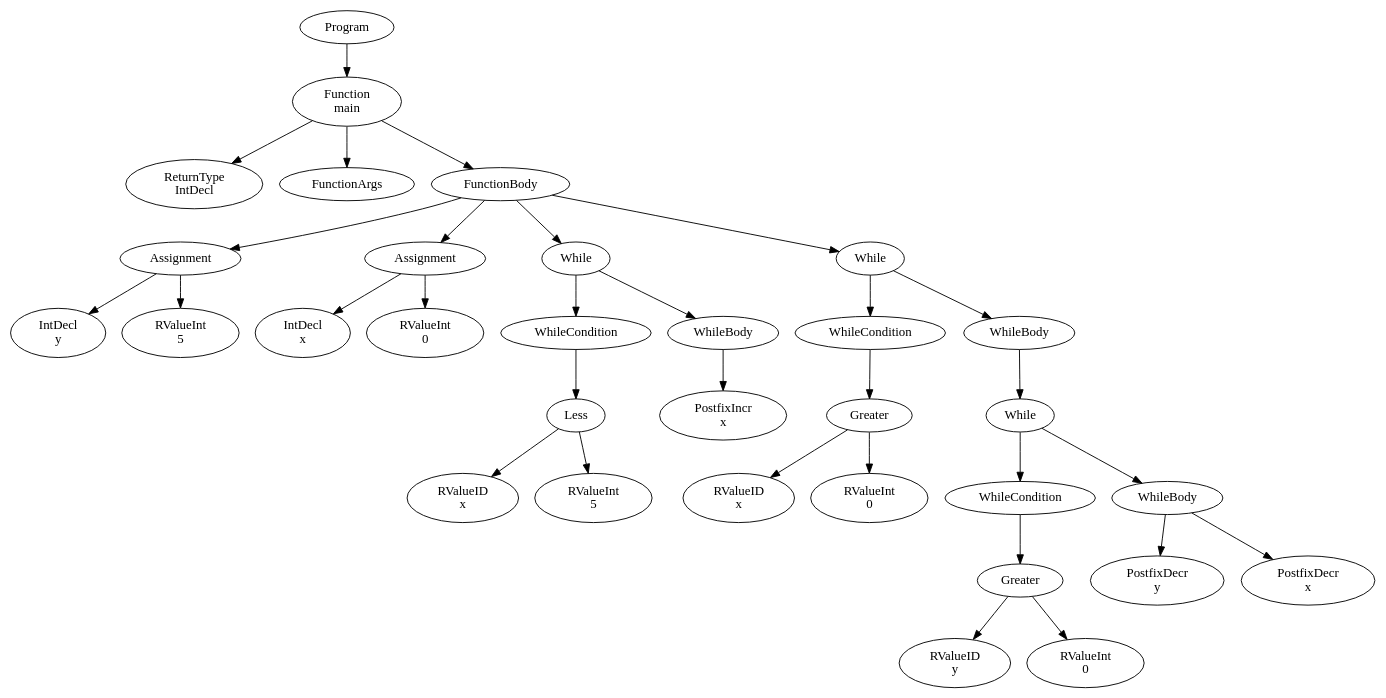
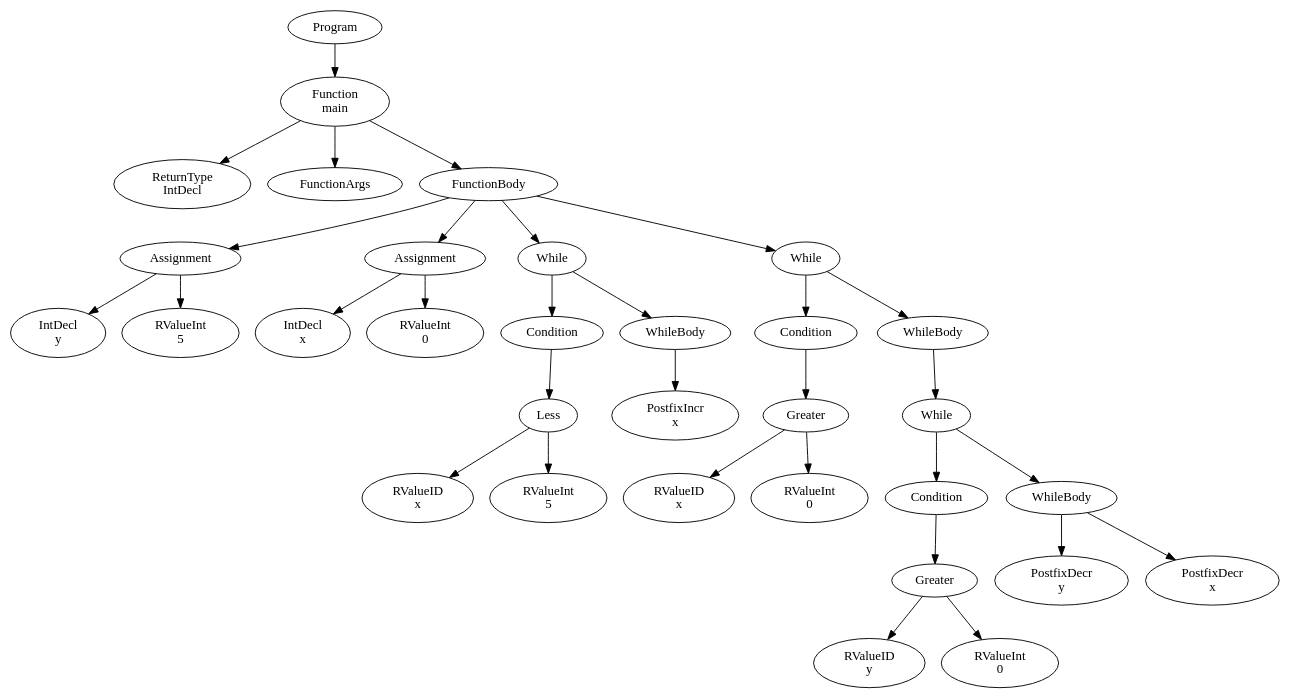
One commit to FedericoQuin/Compilers changed the diagram in official/res/solutions/while.dot. Above: the diagram before and after it, drawn with Graphviz. The commit also changed 15 other files, not shown here.

```diff
--- a/official/res/solutions/while.dot
+++ b/official/res/solutions/while.dot
@@ -1,65 +1,65 @@
 digraph AST {
 1 [label="Program"];
 2 [label="Function \nmain"];
 3 [label="ReturnType \nIntDecl"];
 4 [label="FunctionArgs"];
 5 [label="FunctionBody"];
 6 [label="Assignment"];
 7 [label="IntDecl \ny"];
 8 [label="RValueInt \n5"];
 6 -> 7;
 6 -> 8;
 9 [label="Assignment"];
 10 [label="IntDecl \nx"];
 11 [label="RValueInt \n0"];
 9 -> 10;
 9 -> 11;
 12 [label="While"];
-13 [label="WhileCondition"];
+13 [label="Condition"];
 14 [label="Less"];
 15 [label="RValueID \nx"];
 16 [label="RValueInt \n5"];
 14 -> 15;
 14 -> 16;
 13 -> 14;
 17 [label="WhileBody"];
 18 [label="PostfixIncr \nx"];
 17 -> 18;
 12 -> 13;
 12 -> 17;
 19 [label="While"];
-20 [label="WhileCondition"];
+20 [label="Condition"];
 21 [label="Greater"];
 22 [label="RValueID \nx"];
 23 [label="RValueInt \n0"];
 21 -> 22;
 21 -> 23;
 20 -> 21;
 24 [label="WhileBody"];
 25 [label="While"];
-26 [label="WhileCondition"];
+26 [label="Condition"];
 27 [label="Greater"];
 28 [label="RValueID \ny"];
 29 [label="RValueInt \n0"];
 27 -> 28;
 27 -> 29;
 26 -> 27;
 30 [label="WhileBody"];
 31 [label="PostfixDecr \ny"];
 32 [label="PostfixDecr \nx"];
 30 -> 31;
 30 -> 32;
 25 -> 26;
 25 -> 30;
 24 -> 25;
 19 -> 20;
 19 -> 24;
 5 -> 6;
 5 -> 9;
 5 -> 12;
 5 -> 19;
 2 -> 3;
 2 -> 4;
 2 -> 5;
 1 -> 2;
 }
```
